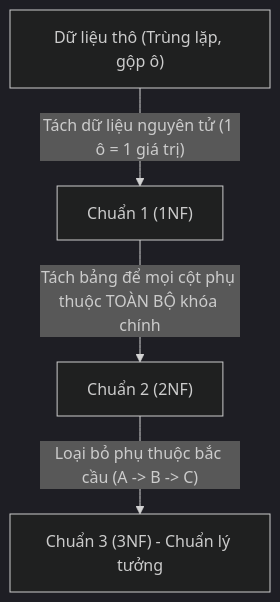
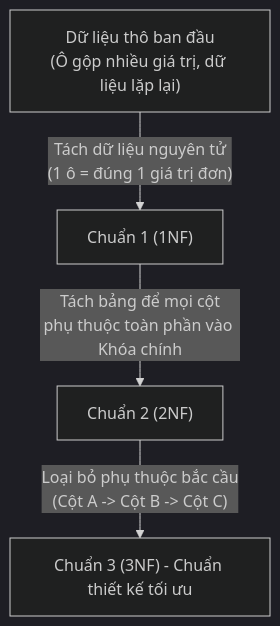
The fourth of 10 diagrams in database/Database.md (ThanhPhongvipvip/Tutorial), drawn with Mermaid (dark theme) before and after one commit. The commit also changed other lines of this file and 1 other file, not shown here.

````diff
--- a/database/Database.md
+++ b/database/Database.md
@@ -153,6 +194,6 @@
 ```mermaid
 flowchart TD
-    Raw["Dữ liệu thô (Trùng lặp, gộp ô)"] -->|"Tách dữ liệu nguyên tử (1 ô = 1 giá trị)"| NF1["Chuẩn 1 (1NF)"]
-    NF1 -->|"Tách bảng để mọi cột phụ thuộc TOÀN BỘ khóa chính"| NF2["Chuẩn 2 (2NF)"]
-    NF2 -->|"Loại bỏ phụ thuộc bắc cầu (A -> B -> C)"| NF3["Chuẩn 3 (3NF) - Chuẩn lý tưởng"]
+    Raw["Dữ liệu thô ban đầu\n(Ô gộp nhiều giá trị, dữ liệu lặp lại)"] -->|"Tách dữ liệu nguyên tử\n(1 ô = đúng 1 giá trị đơn)"| NF1["Chuẩn 1 (1NF)"]
+    NF1 -->|"Tách bảng để mọi cột\nphụ thuộc toàn phần vào Khóa chính"| NF2["Chuẩn 2 (2NF)"]
+    NF2 -->|"Loại bỏ phụ thuộc bắc cầu\n(Cột A -> Cột B -> Cột C)"| NF3["Chuẩn 3 (3NF) - Chuẩn thiết kế tối ưu"]
 ```
````
